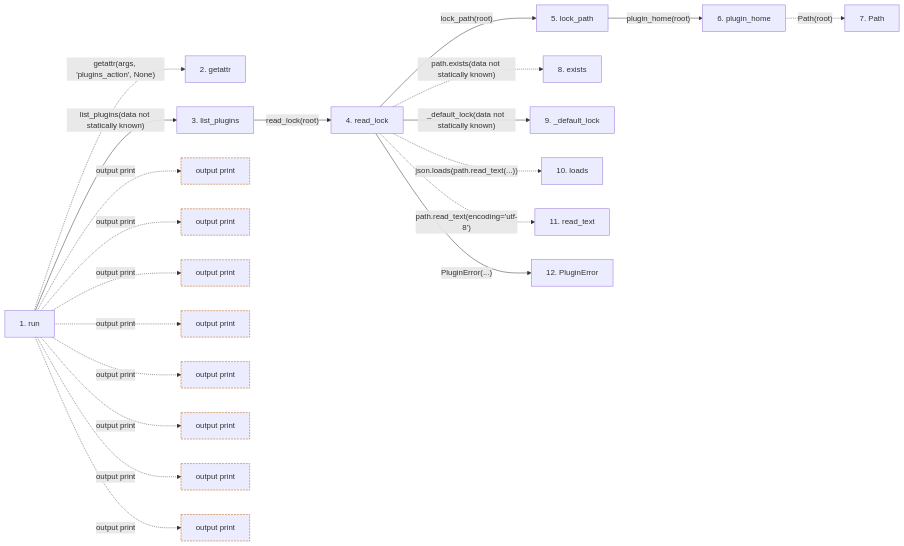
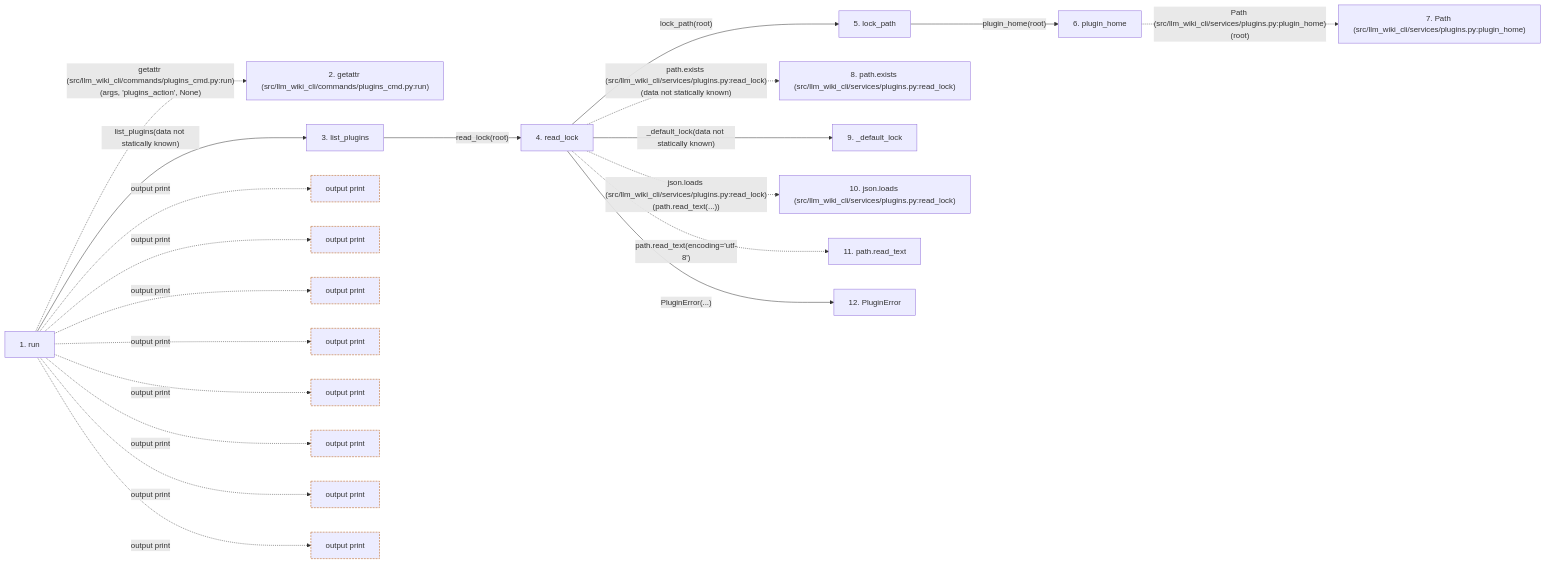
One commit to Denissvgn/python-wiki-llm changed the second of 2 diagrams in docs/llm_wiki/flows/cli-plugins.md. Above: the diagram before and after it, drawn with Mermaid. The commit also changed other lines of this file and 719 other files, not shown here.

````diff
--- a/docs/llm_wiki/flows/cli-plugins.md
+++ b/docs/llm_wiki/flows/cli-plugins.md
@@ -82,58 +85,58 @@
 ```mermaid
 flowchart LR
     s1["1. run"]
-    s2["2. getattr"]
+    s2["2. getattr (src/llm_wiki_cli/commands/plugins_cmd.py:run)"]
     s3["3. list_plugins"]
     s4["4. read_lock"]
     s5["5. lock_path"]
     s6["6. plugin_home"]
-    s7["7. Path"]
-    s8["8. exists"]
+    s7["7. Path (src/llm_wiki_cli/services/plugins.py:plugin_home)"]
+    s8["8. path.exists (src/llm_wiki_cli/services/plugins.py:read_lock)"]
     s9["9. _default_lock"]
-    s10["10. loads"]
-    s11["11. read_text"]
+    s10["10. json.loads (src/llm_wiki_cli/services/plugins.py:read_lock)"]
+    s11["11. path.read_text"]
     s12["12. PluginError"]
-    s1 -. "getattr(args, 'plugins_action', None)" .-> s2
+    s1 -. "getattr (src/llm_wiki_cli/commands/plugins_cmd.py:run)(args, 'plugins_action', None)" .-> s2
     s1 -->|"list_plugins(data not statically known)"| s3
     s3 -->|"read_lock(root)"| s4
     s4 -->|"lock_path(root)"| s5
     s5 -->|"plugin_home(root)"| s6
-    s6 -. "Path(root)" .-> s7
-    s4 -. "path.exists(data not statically known)" .-> s8
+    s6 -. "Path (src/llm_wiki_cli/services/plugins.py:plugin_home)(root)" .-> s7
+    s4 -. "path.exists (src/llm_wiki_cli/services/plugins.py:read_lock)(data not statically known)" .-> s8
     s4 -->|"_default_lock(data not statically known)"| s9
-    s4 -. "json.loads(path.read_text(...))" .-> s10
+    s4 -. "json.loads (src/llm_wiki_cli/services/plugins.py:read_lock)(path.read_text(...))" .-> s10
     s4 -. "path.read_text(encoding='utf-8')" .-> s11
     s4 -->|"PluginError(...)"| s12
     b0["output print"]
     s1 -. "output print" .-> b0
     b1["output print"]
     s1 -. "output print" .-> b1
     b2["output print"]
     s1 -. "output print" .-> b2
     b3["output print"]
     s1 -. "output print" .-> b3
     b4["output print"]
     s1 -. "output print" .-> b4
     b5["output print"]
     s1 -. "output print" .-> b5
     b6["output print"]
     s1 -. "output print" .-> b6
     b7["output print"]
     s1 -. "output print" .-> b7
     click s1 "../modules/plugins_cmd.md"
     click s3 "../modules/plugins.md"
     click s4 "../modules/plugins.md"
     click s5 "../modules/plugins.md"
     click s6 "../modules/plugins.md"
     click s9 "../modules/plugins.md"
     click s12 "../modules/plugins.md"
     classDef boundary stroke:#b45309,stroke-dasharray: 4 2
     class b0 boundary
     class b1 boundary
     class b2 boundary
     class b3 boundary
     class b4 boundary
     class b5 boundary
     class b6 boundary
     class b7 boundary
 ```
````
